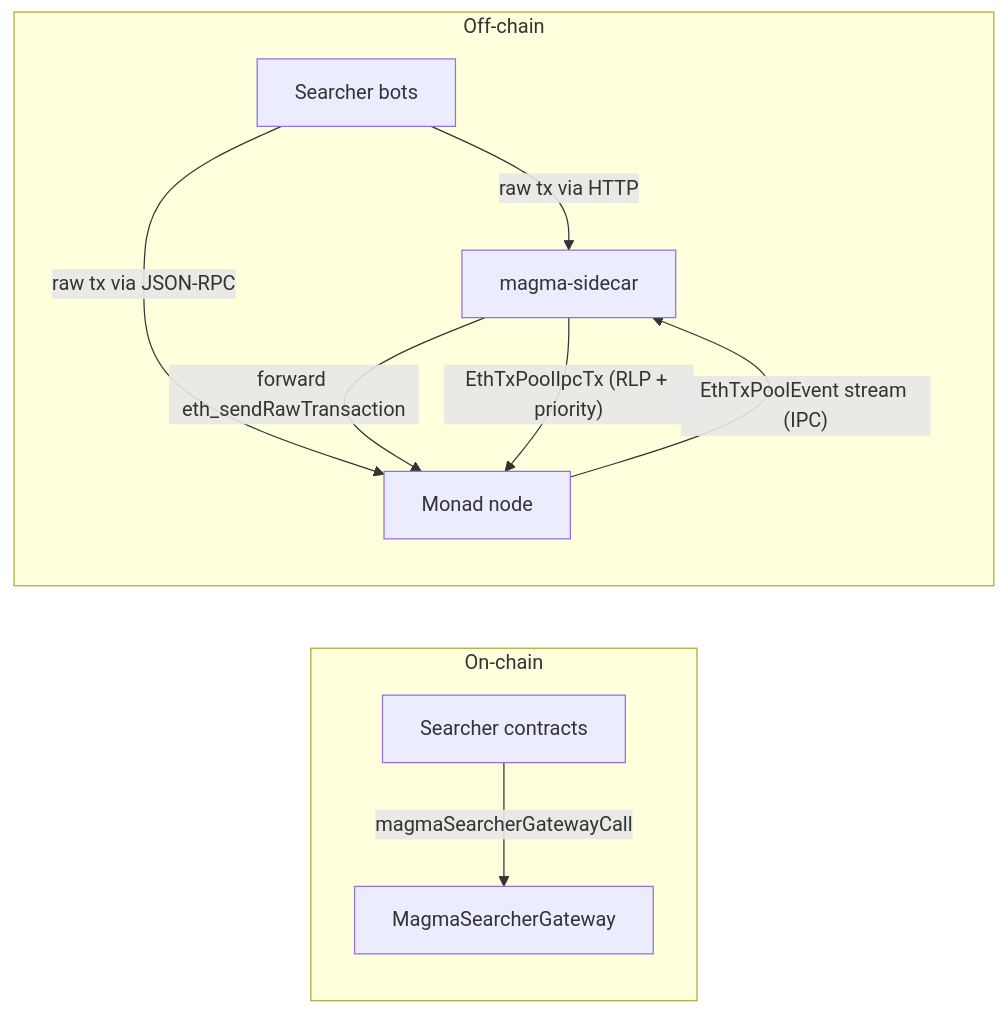
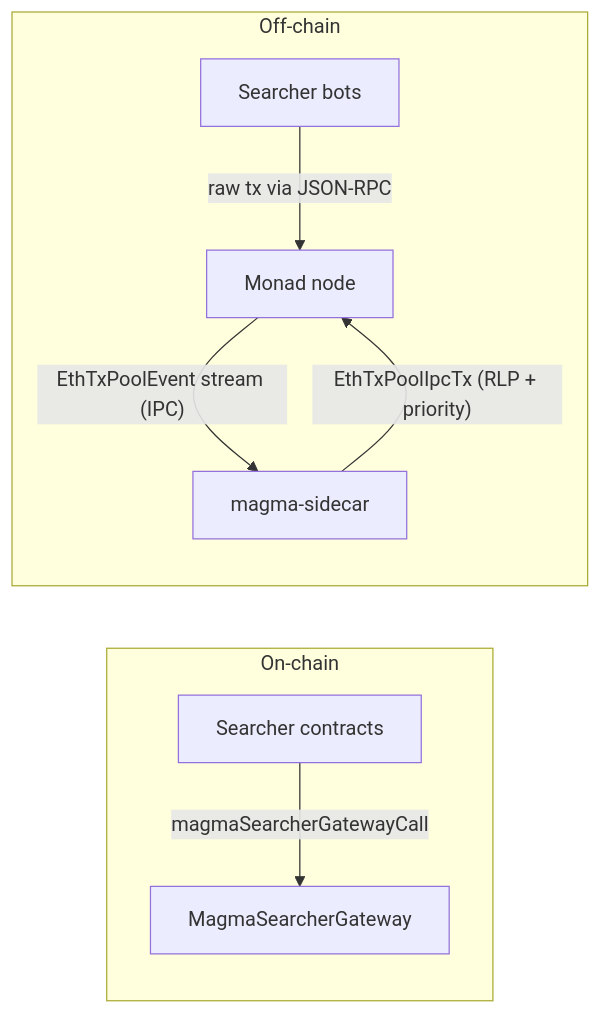
One commit to MagmaStaking/magma-sidecar changed the diagram in docs/ARCHITECTURE.md. Above: the diagram before and after it, drawn with Mermaid. The commit also changed other lines of this file and 17 other files, not shown here.

````diff
--- a/docs/ARCHITECTURE.md
+++ b/docs/ARCHITECTURE.md
@@ -19,20 +19,18 @@
 ```mermaid
 flowchart LR
   subgraph onchain [On-chain]
     S[Searcher contracts]
     G[MagmaSearcherGateway]
     S -->|"magmaSearcherGatewayCall"| G
   end
 
   subgraph offchain [Off-chain]
     SB[Searcher bots]
     SC[magma-sidecar]
     M[Monad node]
   end
 
-  SB -->|"raw tx via HTTP"| SC
   SB -->|"raw tx via JSON-RPC"| M
-  SC -->|"forward eth_sendRawTransaction"| M
   M -->|"EthTxPoolEvent stream (IPC)"| SC
   SC -->|"EthTxPoolIpcTx (RLP + priority)"| M
 ```
````
